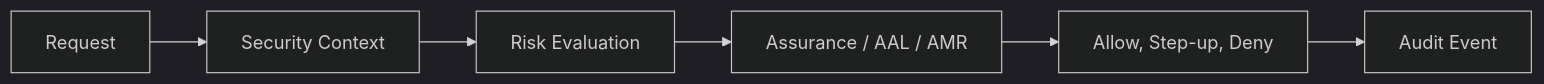
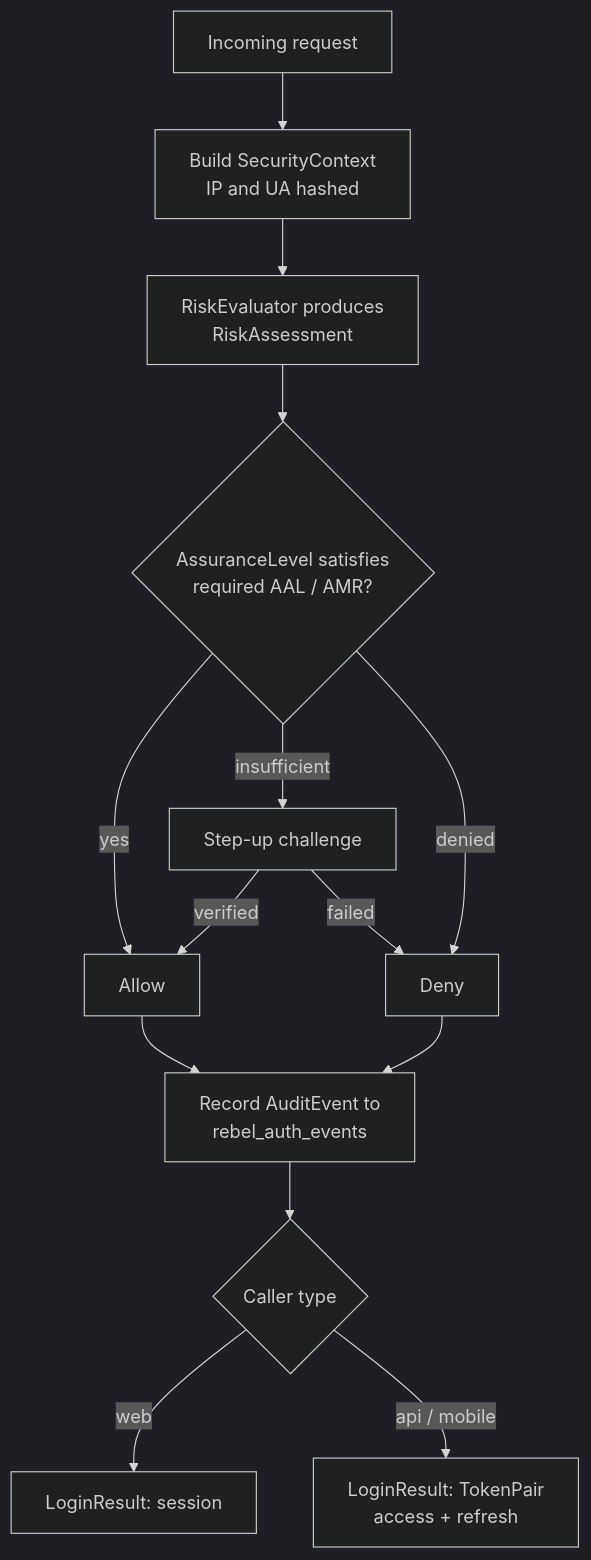
The diagram in docs-site/docs/architecture/pipeline-workflow.md (padosoft/laravel-rebel-core), drawn with Mermaid (dark theme) before and after one commit. The commit also changed other lines of this file and 56 other files, not shown here.

````diff
--- a/docs-site/docs/architecture/pipeline-workflow.md
+++ b/docs-site/docs/architecture/pipeline-workflow.md
@@ -17,8 +15,16 @@
 ```mermaid
-flowchart LR
-  Request[Request] --> Context[Security Context]
-  Context --> Risk[Risk Evaluation]
-  Risk --> Assurance[Assurance / AAL / AMR]
-  Assurance --> Decision[Allow, Step-up, Deny]
-  Decision --> Audit[Audit Event]
+flowchart TD
+  REQ[Incoming request] --> CTX[Build SecurityContext<br/>IP and UA hashed]
+  CTX --> RISK[RiskEvaluator produces<br/>RiskAssessment]
+  RISK --> ASR{AssuranceLevel satisfies<br/>required AAL / AMR?}
+  ASR -->|yes| ALLOW[Allow]
+  ASR -->|insufficient| STEPUP[Step-up challenge]
+  ASR -->|denied| DENY[Deny]
+  STEPUP -->|verified| ALLOW
+  STEPUP -->|failed| DENY
+  ALLOW --> AUD[Record AuditEvent to<br/>rebel_auth_events]
+  DENY --> AUD
+  AUD --> RES{Caller type}
+  RES -->|web| WEB[LoginResult: session]
+  RES -->|api / mobile| TOK[LoginResult: TokenPair<br/>access + refresh]
 ```
````
